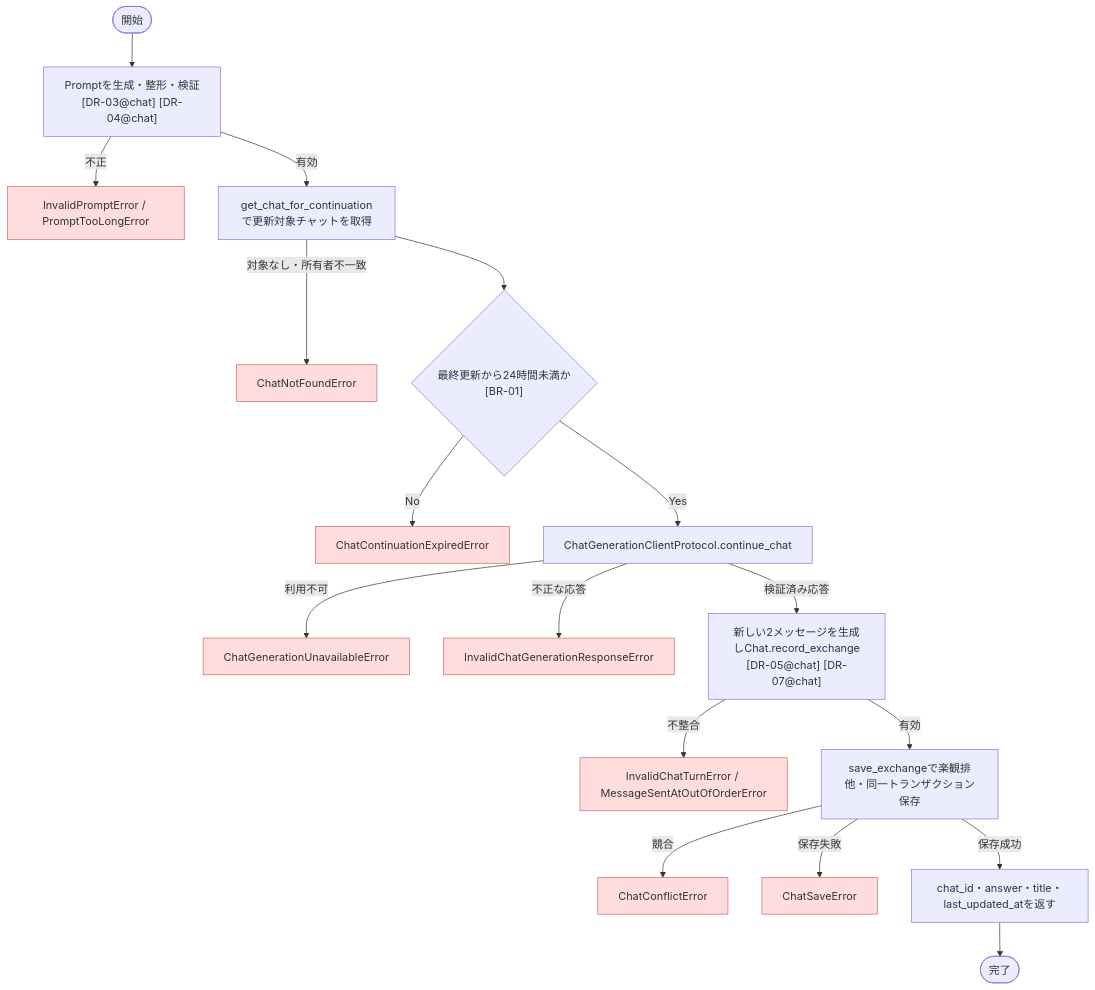
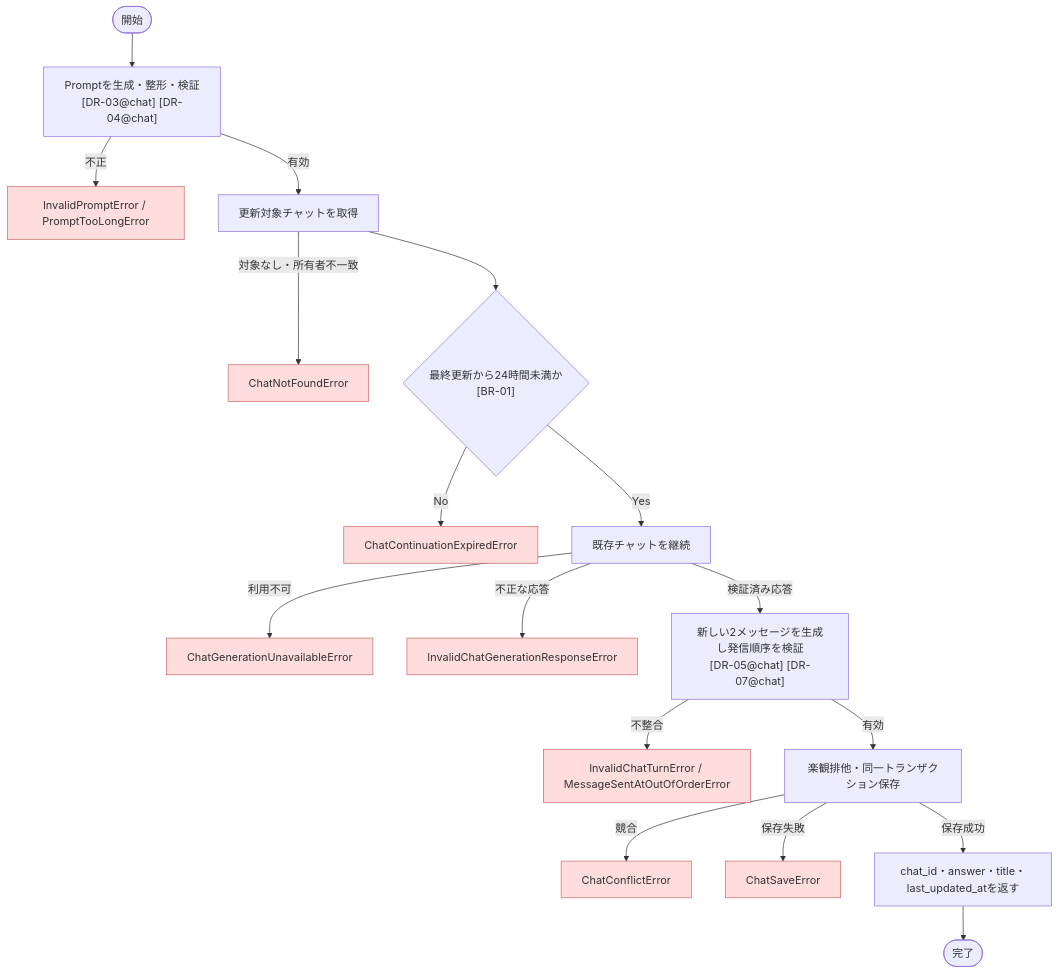
One commit to ponta-kh/paperbuddy changed the diagram in docs/backend/specification/usecases/chat/continue_chat.md. Above: the diagram before and after it, drawn with Mermaid. The commit also changed other lines of this file and 12 other files, not shown here.

````diff
--- a/docs/backend/specification/usecases/chat/continue_chat.md
+++ b/docs/backend/specification/usecases/chat/continue_chat.md
@@ -102,28 +102,28 @@
 ```mermaid
 flowchart TD
     A([開始]) --> B["Promptを生成・整形・検証\n[DR-03@chat] [DR-04@chat]"]
     B -->|不正| ERR1["InvalidPromptError / PromptTooLongError"]
-    B -->|有効| C["get_chat_for_continuationで更新対象チャットを取得"]
+    B -->|有効| C["更新対象チャットを取得"]
     C -->|対象なし・所有者不一致| ERR2["ChatNotFoundError"]
     C --> D{"最終更新から24時間未満か\n[BR-01]"}
     D -->|No| ERR3["ChatContinuationExpiredError"]
-    D -->|Yes| E["ChatGenerationClientProtocol.continue_chat"]
+    D -->|Yes| E["既存チャットを継続"]
     E -->|利用不可| ERR4["ChatGenerationUnavailableError"]
     E -->|不正な応答| ERR5["InvalidChatGenerationResponseError"]
-    E -->|検証済み応答| F["新しい2メッセージを生成しChat.record_exchange\n[DR-05@chat] [DR-07@chat]"]
+    E -->|検証済み応答| F["新しい2メッセージを生成し発信順序を検証\n[DR-05@chat] [DR-07@chat]"]
     F -->|不整合| ERR6["InvalidChatTurnError / MessageSentAtOutOfOrderError"]
-    F -->|有効| G["save_exchangeで楽観排他・同一トランザクション保存"]
+    F -->|有効| G["楽観排他・同一トランザクション保存"]
     G -->|競合| ERR8["ChatConflictError"]
     G -->|保存失敗| ERR7["ChatSaveError"]
     G -->|保存成功| H["chat_id・answer・title・last_updated_atを返す"]
     H --> I([完了])
 
     style ERR1 fill:#fdd,stroke:#c66
     style ERR2 fill:#fdd,stroke:#c66
     style ERR3 fill:#fdd,stroke:#c66
     style ERR4 fill:#fdd,stroke:#c66
     style ERR5 fill:#fdd,stroke:#c66
     style ERR6 fill:#fdd,stroke:#c66
     style ERR7 fill:#fdd,stroke:#c66
     style ERR8 fill:#fdd,stroke:#c66
 ```
````
